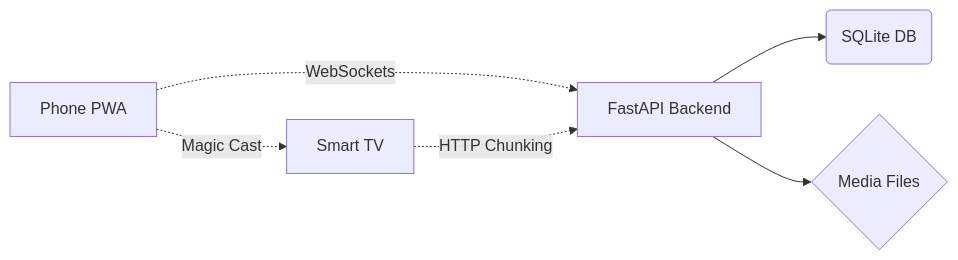
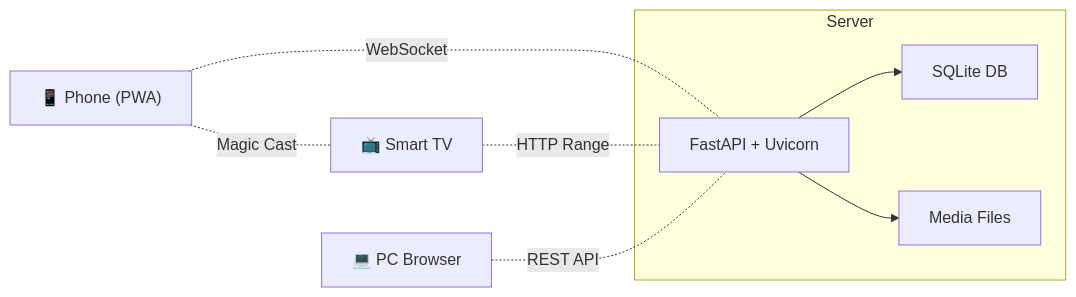
One commit to MagicalMadhur/nexus-media-server changed the diagram in README.md. Above: the diagram before and after it, drawn with Mermaid. The commit also changed other lines of this file, not shown here.

Commit message:
docs: overhaul README with premium presentation, architecture diagram, and detailed technical breakdowns

````diff
--- a/README.md
+++ b/README.md
@@ -111,8 +271,15 @@
 ```mermaid
 graph LR
-    A[FastAPI Backend] --> B(SQLite DB)
-    A --> C{Media Files}
-    D[Phone PWA] -.->|WebSockets| A
-    E[Smart TV] -.->|HTTP Chunking| A
-    D -.->|Magic Cast| E
+    subgraph Server
+        A["FastAPI + Uvicorn"]
+        B["SQLite DB"]
+        C["Media Files"]
+    end
+
+    D["📱 Phone (PWA)"] -.- |WebSocket| A
+    E["📺 Smart TV"] -.- |HTTP Range| A
+    F["💻 PC Browser"] -.- |REST API| A
+    A --> B
+    A --> C
+    D -.- |Magic Cast| E
 ```
````
